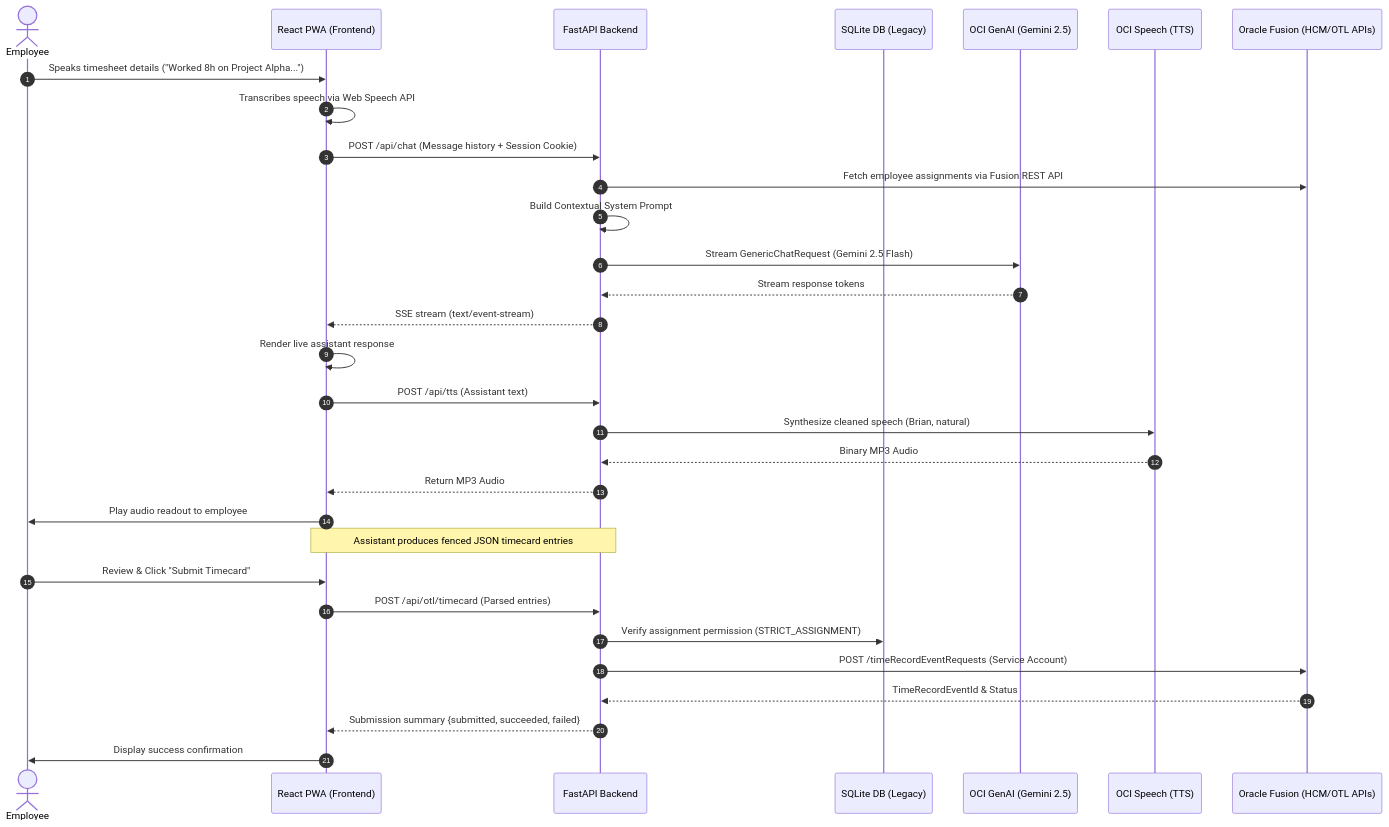
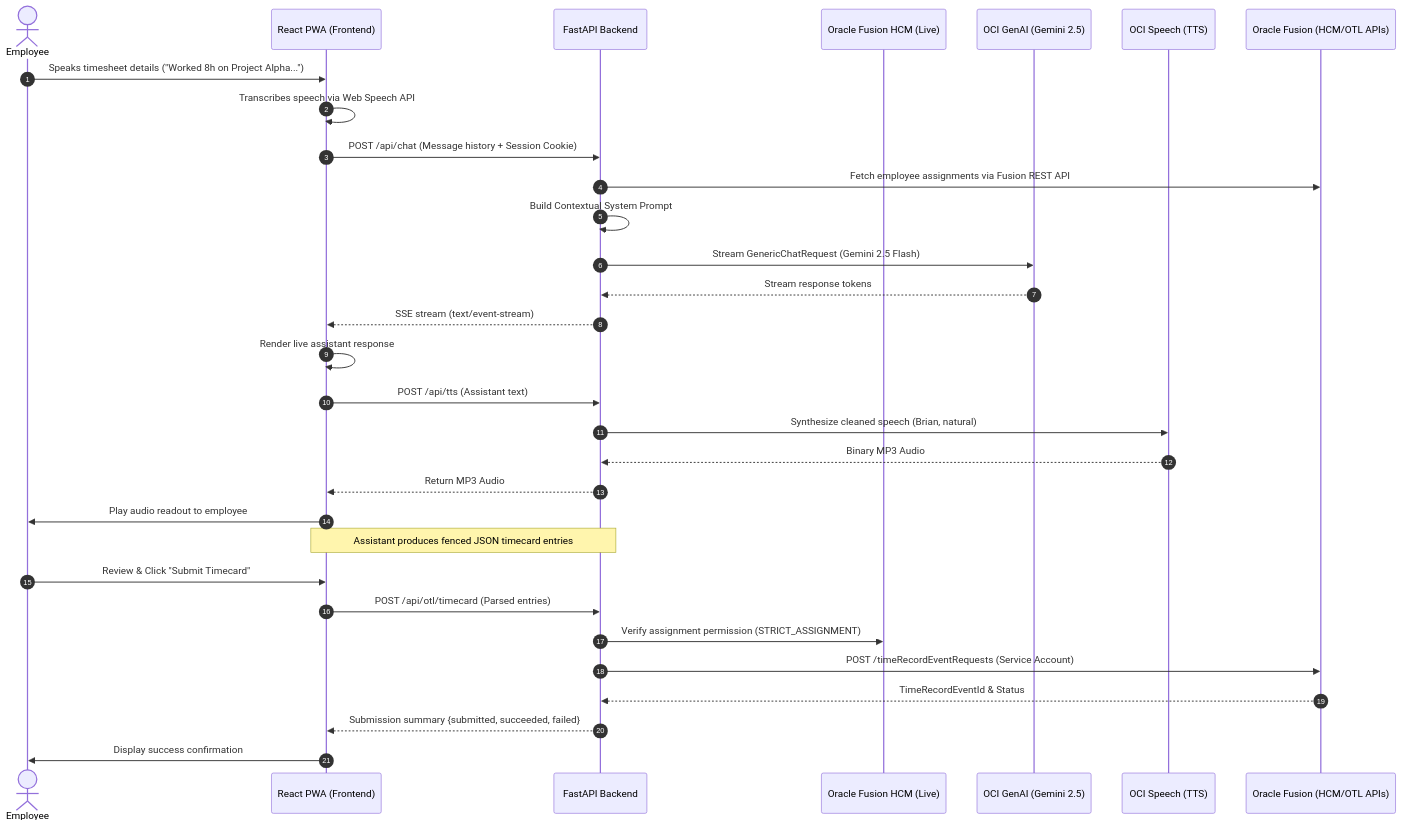
Before and after one commit to Shreyansh2203/OTL-Voice: the diagram in docs/ARCHITECTURE.md, drawn with Mermaid. The commit also changed other lines of this file and 3 other files, not shown here.

Commit message:
docs: sync architecture, deployment, quickstart and contributing guide with latest codebase changes

````diff
--- a/docs/ARCHITECTURE.md
+++ b/docs/ARCHITECTURE.md
@@ -19,35 +19,35 @@
 ```mermaid
 sequenceDiagram
     autonumber
     actor User as Employee
     participant PWA as React PWA (Frontend)
     participant API as FastAPI Backend
-    participant DB as SQLite DB (Legacy)
+    participant DB as Oracle Fusion HCM (Live)
     participant GenAI as OCI GenAI (Gemini 2.5)
     participant TTS as OCI Speech (TTS)
     participant OTL as Oracle Fusion (HCM/OTL APIs)
 
     User->>PWA: Speaks timesheet details ("Worked 8h on Project Alpha...")
     PWA->>PWA: Transcribes speech via Web Speech API
     PWA->>API: POST /api/chat (Message history + Session Cookie)
     API->>OTL: Fetch employee assignments via Fusion REST API
     API->>API: Build Contextual System Prompt
     API->>GenAI: Stream GenericChatRequest (Gemini 2.5 Flash)
     GenAI-->>API: Stream response tokens
     API-->>PWA: SSE stream (text/event-stream)
     PWA->>PWA: Render live assistant response
     PWA->>API: POST /api/tts (Assistant text)
     API->>TTS: Synthesize cleaned speech (Brian, natural)
     TTS-->>API: Binary MP3 Audio
     API-->>PWA: Return MP3 Audio
     PWA->>User: Play audio readout to employee
 
     Note over PWA,API: Assistant produces fenced JSON timecard entries
     User->>PWA: Review & Click "Submit Timecard"
     PWA->>API: POST /api/otl/timecard (Parsed entries)
     API->>DB: Verify assignment permission (STRICT_ASSIGNMENT)
     API->>OTL: POST /timeRecordEventRequests (Service Account)
     OTL-->>API: TimeRecordEventId & Status
     API-->>PWA: Submission summary {submitted, succeeded, failed}
     PWA->>User: Display success confirmation
 ```
````
